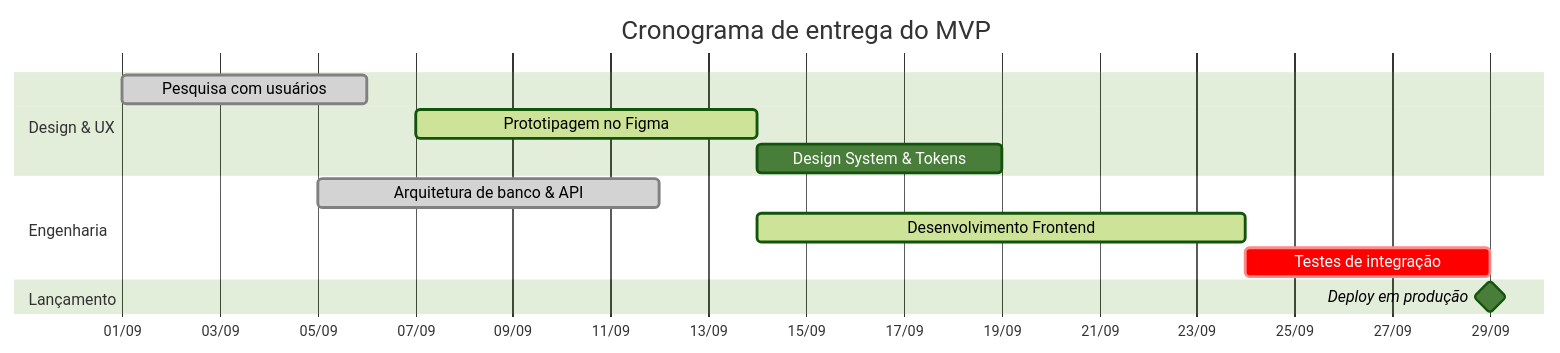
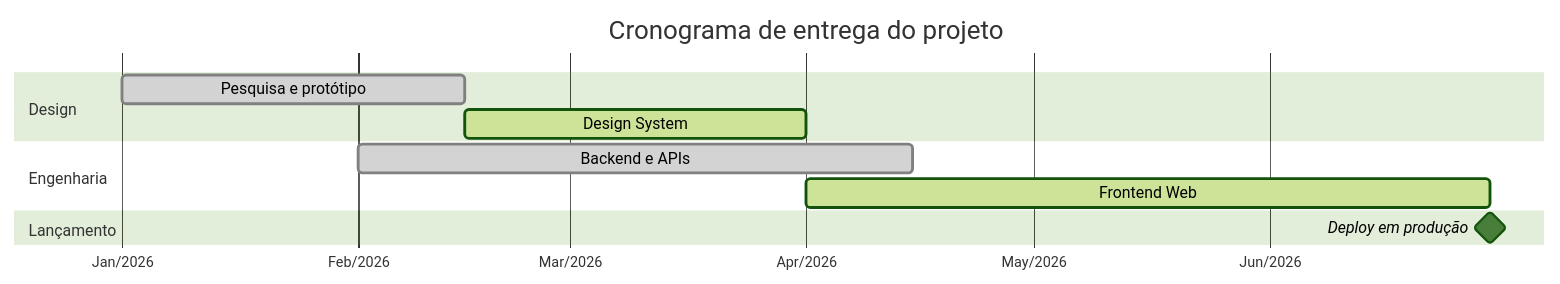
The ninth of 14 diagrams in mermaid/Sintaxe e possibilidades com Mermaid.md (leorruas/programacao), drawn with Mermaid (forest theme) before and after one commit. The commit also changed other lines of this file and 4 other files, not shown here.

Commit message:
fix(mermaid): corrigir sintaxe de nós e garantir alto contraste para timeline, mindmap, quadrant e gantt

````diff
--- a/mermaid/Sintaxe e possibilidades com Mermaid.md
+++ b/mermaid/Sintaxe e possibilidades com Mermaid.md
@@ -349,19 +343,17 @@
 ```mermaid
 gantt
-    title Cronograma de entrega do MVP
+    title Cronograma de entrega do projeto
     dateFormat YYYY-MM-DD
-    axisFormat %d/%m
+    axisFormat %b/%Y
 
-    section Design & UX
-    Pesquisa com usuários       :done,    des1, 2026-09-01, 2026-09-06
-    Prototipagem no Figma       :active,  des2, 2026-09-07, 2026-09-14
-    Design System & Tokens      :         des3, after des2, 5d
+    section Design
+    Pesquisa e protótipo       :done,    des1, 2026-01-01, 2026-02-15
+    Design System              :active,  des2, 2026-02-15, 2026-04-01
 
     section Engenharia
-    Arquitetura de banco & API  :done,    dev1, 2026-09-05, 2026-09-12
-    Desenvolvimento Frontend    :active,  dev2, after des2, 10d
-    Testes de integração        :crit,    dev3, after dev2, 5d
+    Backend e APIs             :done,    dev1, 2026-02-01, 2026-04-15
+    Frontend Web               :active,  dev2, 2026-04-01, 2026-06-30
 
     section Lançamento
-    Deploy em produção          :milestone, m1, after dev3, 0d
+    Deploy em produção         :milestone, m1, 2026-06-30, 0d
 ```
````
